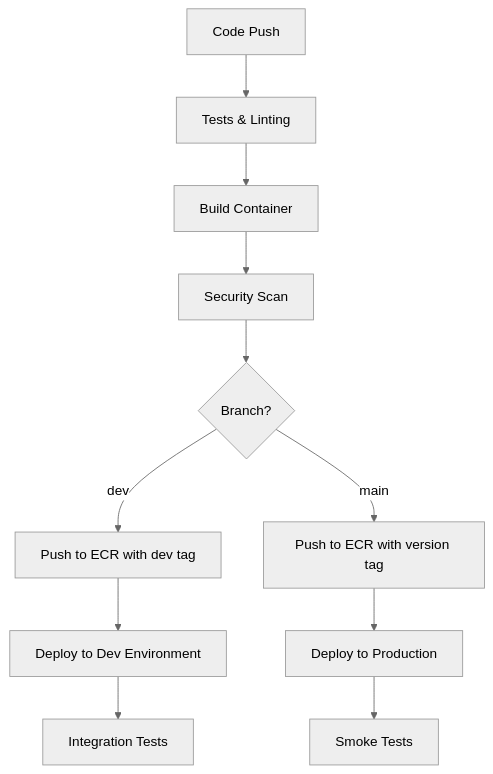
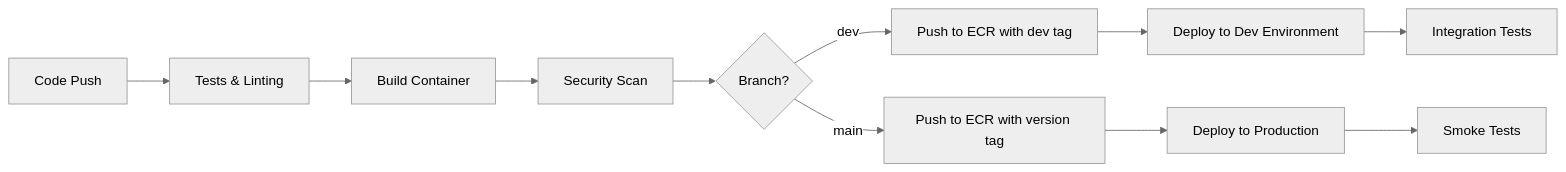
The third of 4 diagrams in repository-plan.md (piksel-ina/piksel-documentation), drawn with Mermaid (neutral theme) before and after one commit. The commit also changed other lines of this file, not shown here.

Commit message:
Align Comments and Change Mermaid Graph Direction

````diff
--- a/repository-plan.md
+++ b/repository-plan.md
@@ -143,13 +155,13 @@
 ```mermaid
-flowchart TD
+flowchart LR
     A[Code Push] --> B[Tests & Linting]
     B --> C[Build Container]
     C --> D[Security Scan]
     D --> E{Branch?}
     E -->|dev| F[Push to ECR with dev tag]
     E -->|main| G[Push to ECR with version tag]
     F --> H[Deploy to Dev Environment]
     G --> I[Deploy to Production]
     H --> J[Integration Tests]
     I --> K[Smoke Tests]
 ```
````
